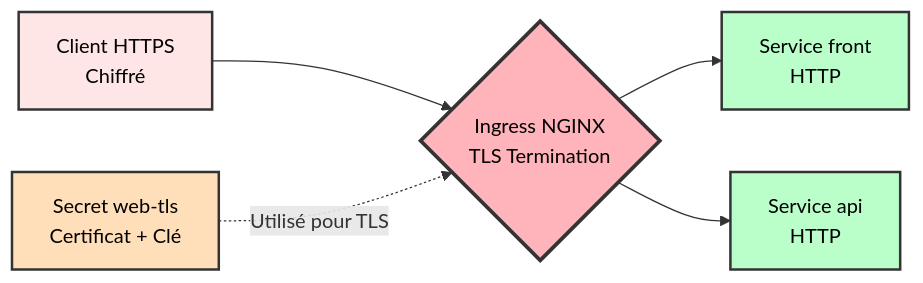
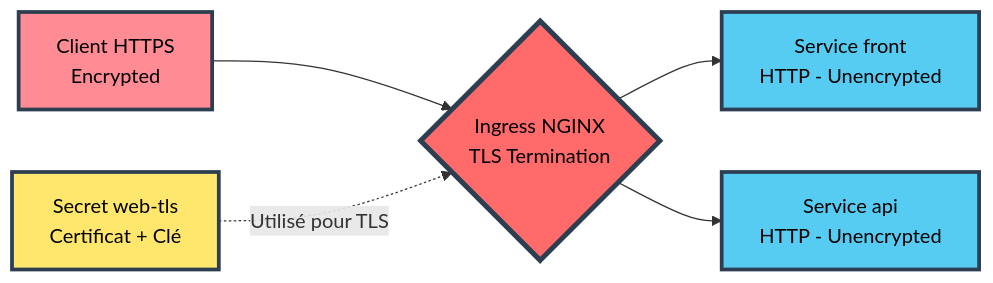
The third of 9 diagrams in docs/ARCHITECTURE.md (MPFabio/S4-Ingress-TLS-Config-Secrets), drawn with Mermaid before and after one commit. The commit also changed other lines of this file, not shown here.

Commit message:
Modernisation diagrammes - Couleurs vibrantes + fix parsing Mermaid

````diff
--- a/docs/ARCHITECTURE.md
+++ b/docs/ARCHITECTURE.md
@@ -62,14 +70,14 @@
 ```mermaid
 flowchart LR
-    A[Client HTTPS<br/>Chiffré] --> B{Ingress NGINX<br/>TLS Termination}
-    B --> C[Service front<br/>HTTP]
-    B --> D[Service api<br/>HTTP]
+    A[Client HTTPS<br/>Encrypted] --> B{Ingress NGINX<br/>TLS Termination}
+    B --> C[Service front<br/>HTTP - Unencrypted]
+    B --> D[Service api<br/>HTTP - Unencrypted]
     
     E[Secret web-tls<br/>Certificat + Clé] -.Utilisé pour TLS.-> B
     
-    style A fill:#ffe6e6,stroke:#333,stroke-width:2px,color:#000
-    style B fill:#ffb3ba,stroke:#333,stroke-width:3px,color:#000
-    style C fill:#baffc9,stroke:#333,stroke-width:2px,color:#000
-    style D fill:#baffc9,stroke:#333,stroke-width:2px,color:#000
-    style E fill:#ffdfba,stroke:#333,stroke-width:2px,color:#000
+    style A fill:#FF8B94,stroke:#2C3E50,stroke-width:3px,color:#000
+    style B fill:#FF6B6B,stroke:#2C3E50,stroke-width:4px,color:#000
+    style C fill:#56CCF2,stroke:#2C3E50,stroke-width:3px,color:#000
+    style D fill:#56CCF2,stroke:#2C3E50,stroke-width:3px,color:#000
+    style E fill:#FFE66D,stroke:#2C3E50,stroke-width:3px,color:#000
 ```
````
